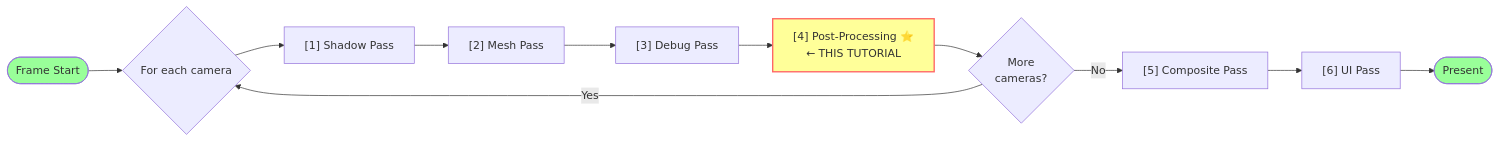
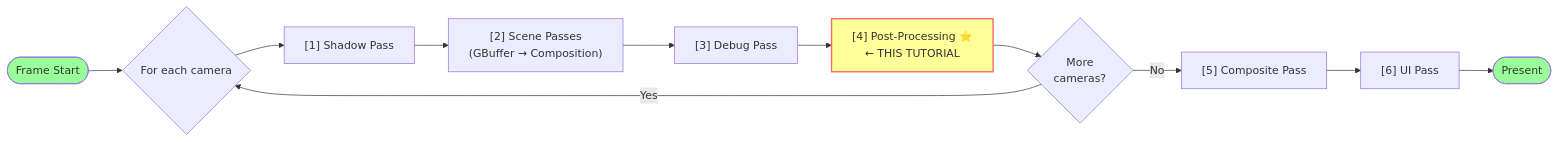
Before and after one commit to hlavacs/Vienna-WebGPU-Engine: the diagram in doc/tutorials/04_postprocessing.md, drawn with Mermaid. The commit also changed other lines of this file and 115 other files, not shown here.

````diff
--- a/doc/tutorials/04_postprocessing.md
+++ b/doc/tutorials/04_postprocessing.md
@@ -44,21 +44,21 @@
 ```mermaid
 graph LR
     Start([Frame Start]) --> Loop{For each camera}
     
     Loop --> Shadow["[1] Shadow Pass"]
-    Shadow --> Mesh["[2] Mesh Pass"]
+    Shadow --> Mesh["[2] Scene Passes<br/>(GBuffer → Composition)"]
     Mesh --> Debug["[3] Debug Pass"]
     Debug --> Post["[4] Post-Processing ⭐<br/>← THIS TUTORIAL"]
     
     Post --> LoopEnd{More<br/>cameras?}
     LoopEnd -->|Yes| Loop
     LoopEnd -->|No| Composite
     
     Composite["[5] Composite Pass"]
     Composite --> UI["[6] UI Pass"]
     UI --> Present([Present])
     
     style Post fill:#ff9,stroke:#f66,stroke-width:2px
     style Start fill:#9f9
     style Present fill:#9f9
 ```
````
